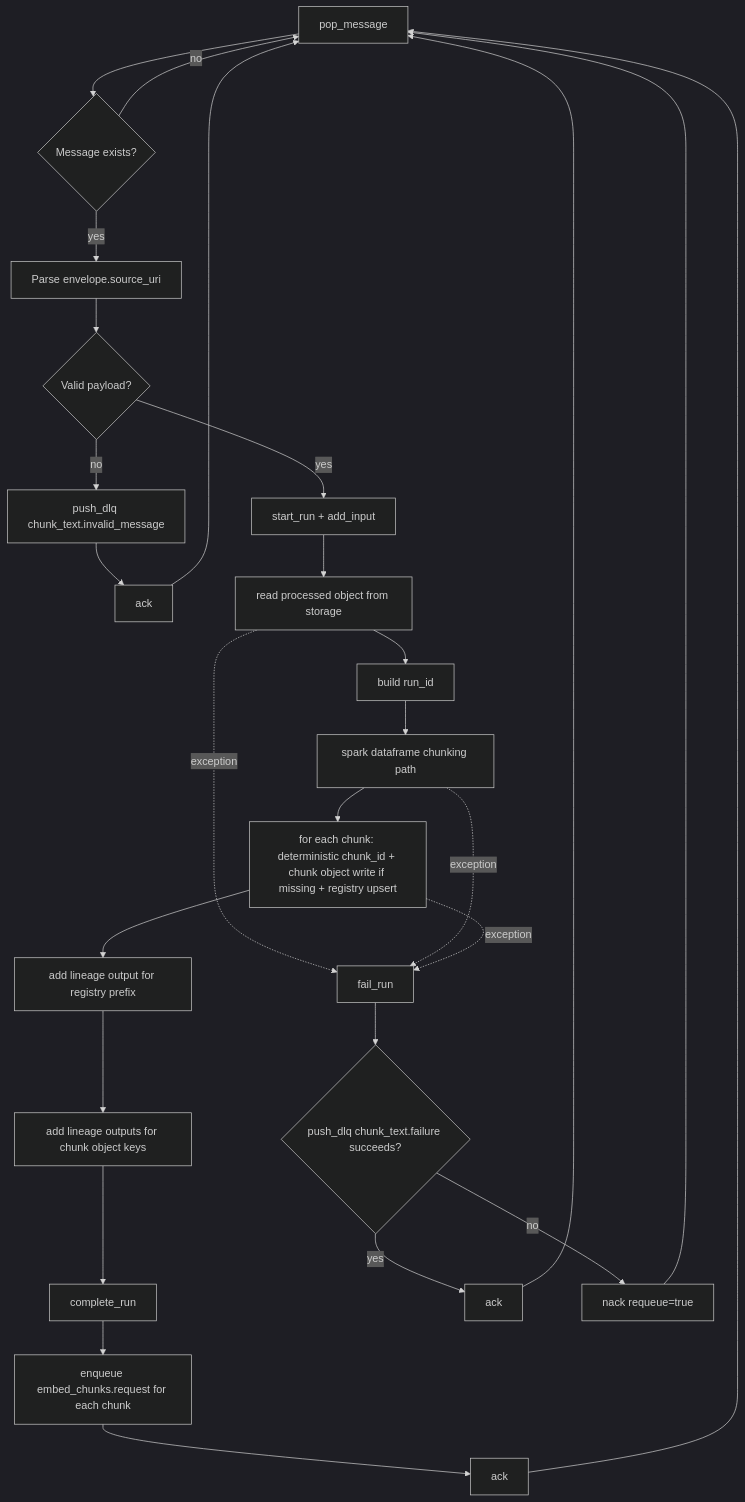
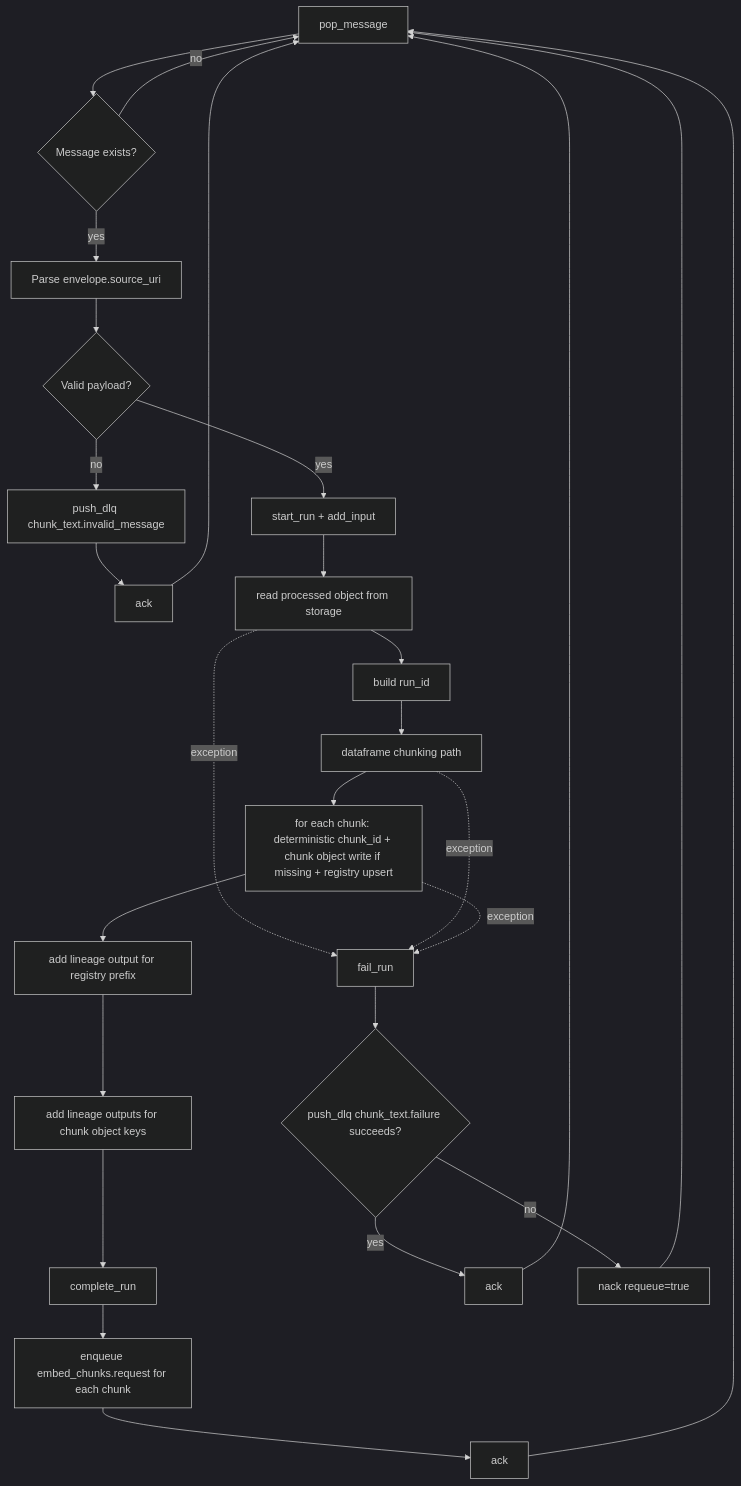
Before and after one commit to ElwesHonorato/governed-rag-foundation: the first of 3 diagrams in domains/worker_chunk_text/docs/SIREN_WORKFLOW.md, drawn with Mermaid (dark theme). The commit also changed other lines of this file and 30 other files, not shown here.

````diff
--- a/domains/worker_chunk_text/docs/SIREN_WORKFLOW.md
+++ b/domains/worker_chunk_text/docs/SIREN_WORKFLOW.md
@@ -9,34 +9,34 @@
 ```mermaid
 flowchart TD
     A[pop_message] --> B{Message exists?}
     B -- no --> A
     B -- yes --> C[Parse envelope.source_uri]
 
     C --> D{Valid payload?}
     D -- no --> D1[push_dlq chunk_text.invalid_message]
     D1 --> D2[ack]
     D2 --> A
 
     D -- yes --> F[start_run + add_input]
 
     F --> G[read processed object from storage]
     G --> H[build run_id]
-    H --> K[spark dataframe chunking path]
+    H --> K[dataframe chunking path]
     K --> L[for each chunk: deterministic chunk_id + chunk object write if missing + registry upsert]
 
     L --> M[add lineage output for registry prefix]
     M --> N[add lineage outputs for chunk object keys]
     N --> O[complete_run]
     O --> P[enqueue embed_chunks.request for each chunk]
     P --> Q[ack]
     Q --> A
 
     G -. exception .-> X[fail_run]
     K -. exception .-> X
     L -. exception .-> X
     X --> Y{push_dlq chunk_text.failure succeeds?}
     Y -- yes --> Z[ack]
     Y -- no --> Z2[nack requeue=true]
     Z --> A
     Z2 --> A
 ```
````
